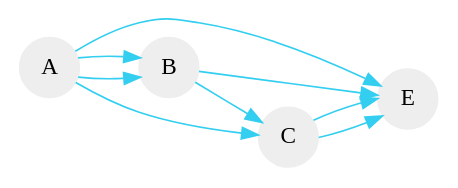
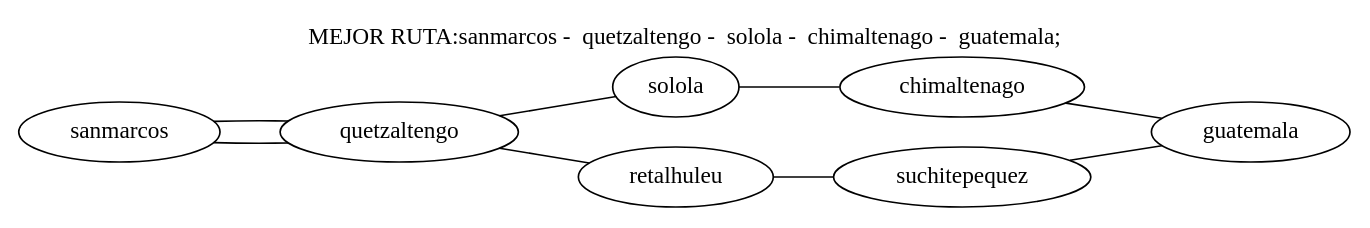
The diagram in dibujo.dot (AstridGMC/FinalEstructurasWAZE), drawn with Graphviz before and after one commit. The commit also changed 38 other files, not shown here.

```diff
--- a/dibujo.dot
+++ b/dibujo.dot
@@ -1,12 +1,8 @@
  digraph G 
-  {  node [shape=circle];
- node [style=filled];
- node [fillcolor="#EEEEEE"];
- node [color="#EEEEEE"];
- edge [color="#33CEF0"];
-A ->  E;
-A ->  B ->  E;
-A ->  B ->  C ->  E;
-A ->  C ->  E;
-rankdir=LR;
+  {  edge[dir = none];
+ graph[ordering = "out"];
+sanmarcos ->  quetzaltengo ->  solola ->  chimaltenago ->  guatemala;
+sanmarcos ->  quetzaltengo ->  retalhuleu ->  suchitepequez ->  guatemala;
+labelloc="t";
+    label="MEJOR RUTA:sanmarcos -  quetzaltengo -  solola -  chimaltenago -  guatemala;";rankdir=LR;
 }
```
